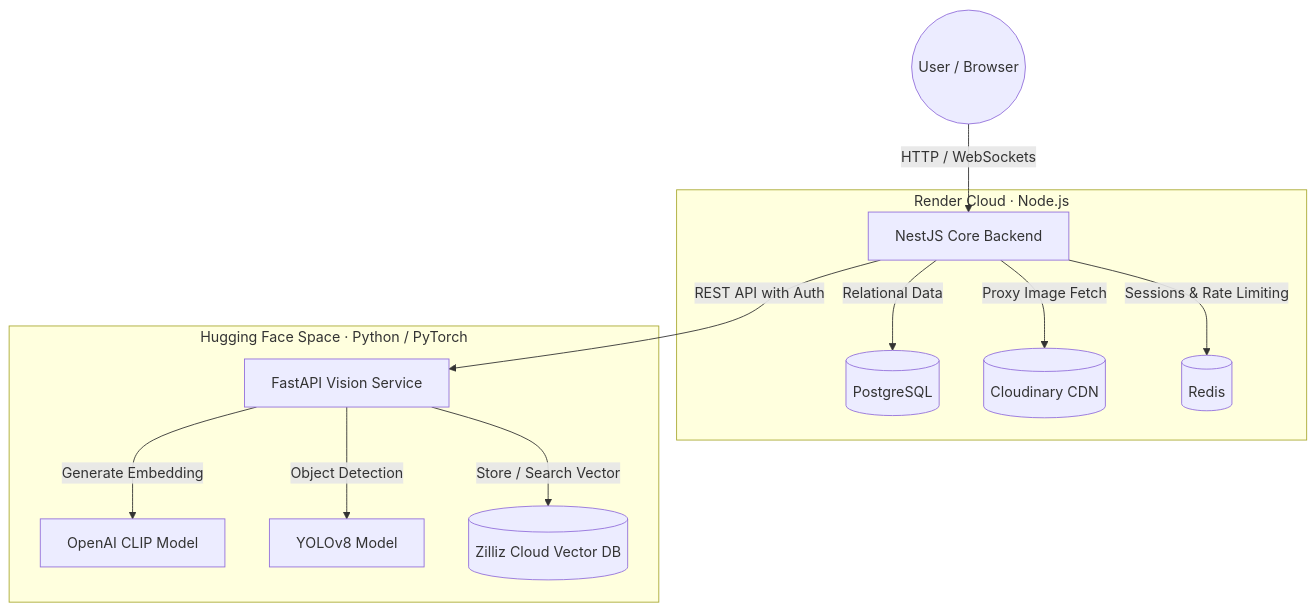
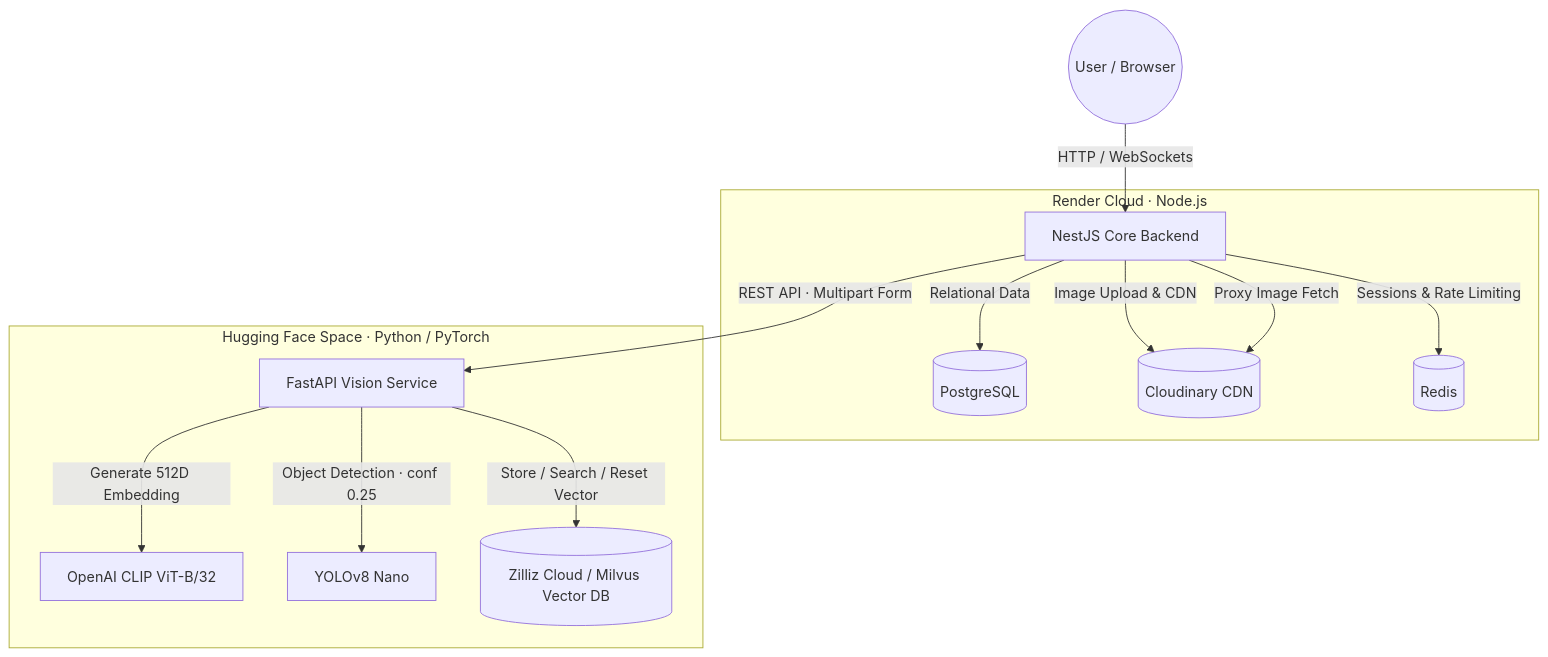
Before and after one commit to ankit-372/universal-recovery-system: the first of 2 diagrams in README.md, drawn with Mermaid. The commit also changed other lines of this file, not shown here.

Commit message:
docs: update README architecture to match actual codebase

````diff
--- a/README.md
+++ b/README.md
@@ -17,17 +17,18 @@
 ```mermaid
 graph TD
     User((User / Browser)) -->|HTTP / WebSockets| Gateway[NestJS Core Backend]
     
     subgraph "Render Cloud · Node.js"
         Gateway -->|Relational Data| PG[(PostgreSQL)]
-        Gateway -->|Proxy Image Fetch| Cloudinary[(Cloudinary CDN)]
+        Gateway -->|Image Upload & CDN| Cloudinary[(Cloudinary CDN)]
         Gateway -->|Sessions & Rate Limiting| Redis[(Redis)]
+        Gateway -->|Proxy Image Fetch| Cloudinary
     end
     
     subgraph "Hugging Face Space · Python / PyTorch"
-        Gateway -->|REST API with Auth| Vision[FastAPI Vision Service]
-        Vision -->|Generate Embedding| CLIP[OpenAI CLIP Model]
-        Vision -->|Object Detection| YOLO[YOLOv8 Model]
-        Vision -->|Store / Search Vector| Zilliz[(Zilliz Cloud Vector DB)]
+        Gateway -->|REST API · Multipart Form| Vision[FastAPI Vision Service]
+        Vision -->|Generate 512D Embedding| CLIP[OpenAI CLIP ViT-B/32]
+        Vision -->|Object Detection · conf 0.25| YOLO[YOLOv8 Nano]
+        Vision -->|Store / Search / Reset Vector| Zilliz[(Zilliz Cloud / Milvus Vector DB)]
     end
 ```
````
